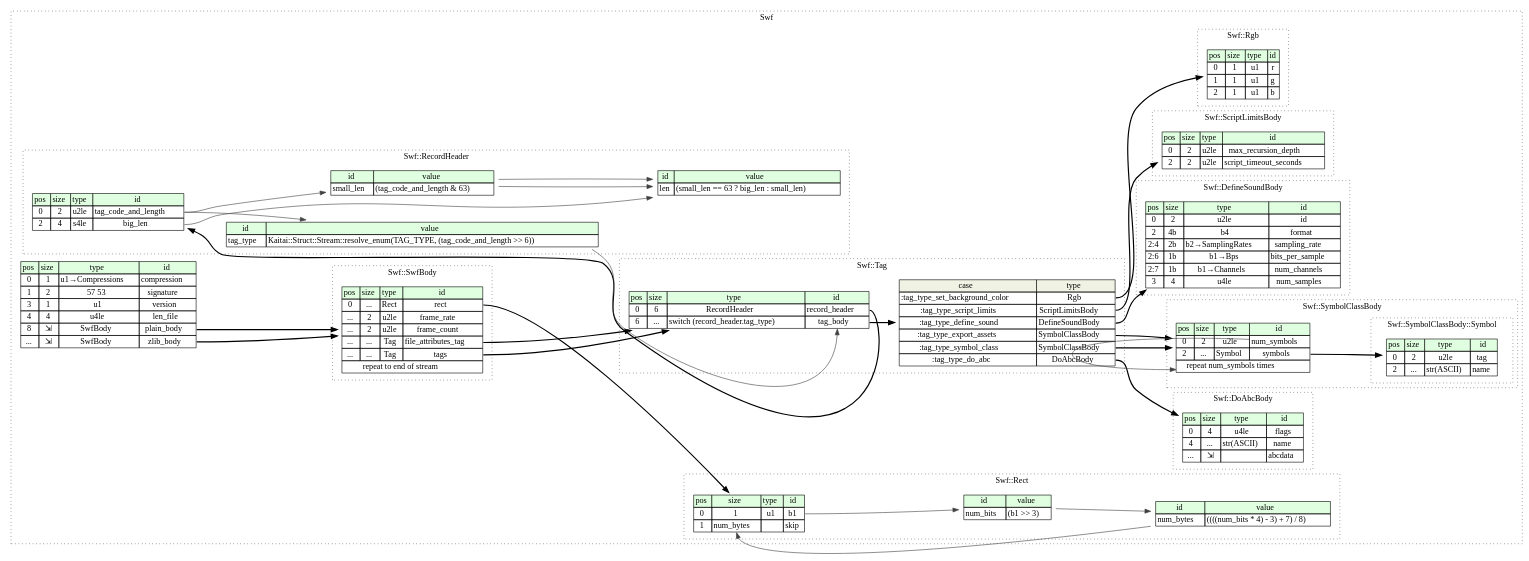
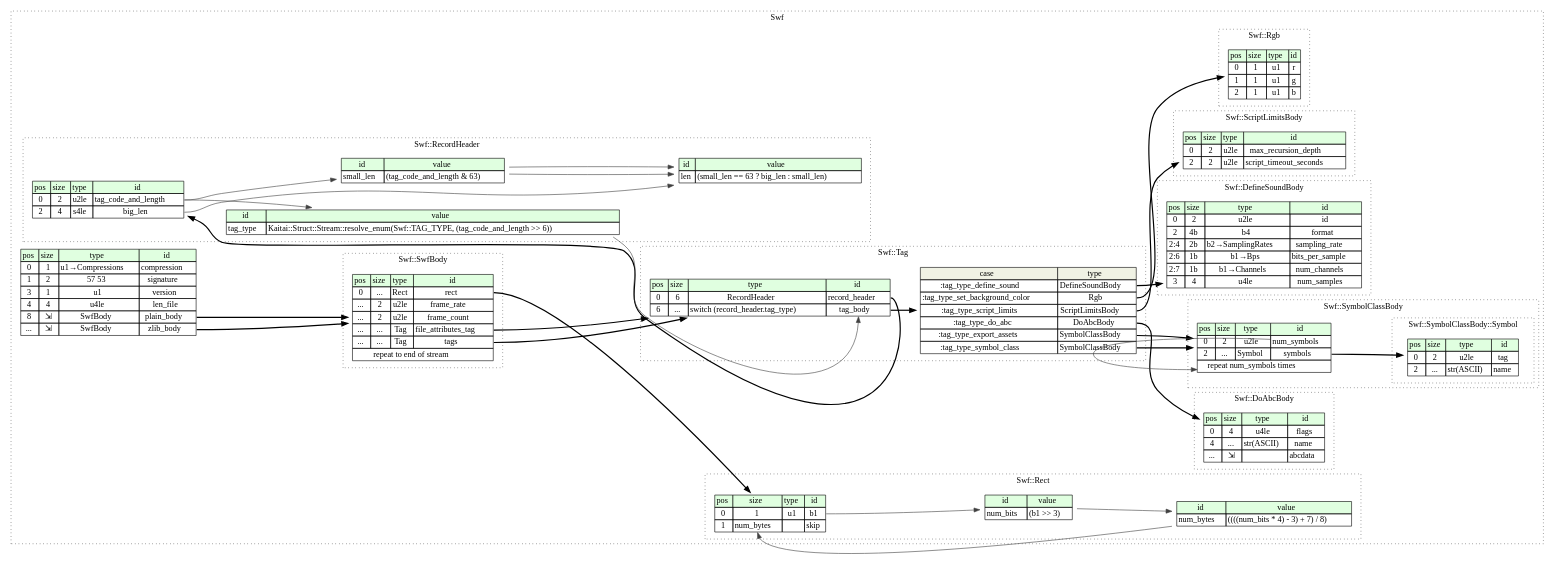
The diagram in swf/src/graphviz/swf.dot (kaitai-io/formats-kaitai-io.github.io), drawn with Graphviz before and after one commit. The commit also changed 2419 other files, not shown here.

```diff
--- a/swf/src/graphviz/swf.dot
+++ b/swf/src/graphviz/swf.dot
@@ -1,182 +1,182 @@
 digraph {
 	rankdir=LR;
 	node [shape=plaintext];
 	subgraph cluster__swf {
 		label="Swf";
 		graph[style=dotted];
 
 		swf__seq [label=<<TABLE BORDER="0" CELLBORDER="1" CELLSPACING="0">
 			<TR><TD BGCOLOR="#E0FFE0">pos</TD><TD BGCOLOR="#E0FFE0">size</TD><TD BGCOLOR="#E0FFE0">type</TD><TD BGCOLOR="#E0FFE0">id</TD></TR>
 			<TR><TD PORT="compression_pos">0</TD><TD PORT="compression_size">1</TD><TD>u1→Compressions</TD><TD PORT="compression_type">compression</TD></TR>
 			<TR><TD PORT="signature_pos">1</TD><TD PORT="signature_size">2</TD><TD>57 53</TD><TD PORT="signature_type">signature</TD></TR>
 			<TR><TD PORT="version_pos">3</TD><TD PORT="version_size">1</TD><TD>u1</TD><TD PORT="version_type">version</TD></TR>
 			<TR><TD PORT="len_file_pos">4</TD><TD PORT="len_file_size">4</TD><TD>u4le</TD><TD PORT="len_file_type">len_file</TD></TR>
 			<TR><TD PORT="plain_body_pos">8</TD><TD PORT="plain_body_size">⇲</TD><TD>SwfBody</TD><TD PORT="plain_body_type">plain_body</TD></TR>
 			<TR><TD PORT="zlib_body_pos">...</TD><TD PORT="zlib_body_size">⇲</TD><TD>SwfBody</TD><TD PORT="zlib_body_type">zlib_body</TD></TR>
 		</TABLE>>];
 		subgraph cluster__rgb {
 			label="Swf::Rgb";
 			graph[style=dotted];
 
 			rgb__seq [label=<<TABLE BORDER="0" CELLBORDER="1" CELLSPACING="0">
 				<TR><TD BGCOLOR="#E0FFE0">pos</TD><TD BGCOLOR="#E0FFE0">size</TD><TD BGCOLOR="#E0FFE0">type</TD><TD BGCOLOR="#E0FFE0">id</TD></TR>
 				<TR><TD PORT="r_pos">0</TD><TD PORT="r_size">1</TD><TD>u1</TD><TD PORT="r_type">r</TD></TR>
 				<TR><TD PORT="g_pos">1</TD><TD PORT="g_size">1</TD><TD>u1</TD><TD PORT="g_type">g</TD></TR>
 				<TR><TD PORT="b_pos">2</TD><TD PORT="b_size">1</TD><TD>u1</TD><TD PORT="b_type">b</TD></TR>
 			</TABLE>>];
 		}
 		subgraph cluster__do_abc_body {
 			label="Swf::DoAbcBody";
 			graph[style=dotted];
 
 			do_abc_body__seq [label=<<TABLE BORDER="0" CELLBORDER="1" CELLSPACING="0">
 				<TR><TD BGCOLOR="#E0FFE0">pos</TD><TD BGCOLOR="#E0FFE0">size</TD><TD BGCOLOR="#E0FFE0">type</TD><TD BGCOLOR="#E0FFE0">id</TD></TR>
 				<TR><TD PORT="flags_pos">0</TD><TD PORT="flags_size">4</TD><TD>u4le</TD><TD PORT="flags_type">flags</TD></TR>
 				<TR><TD PORT="name_pos">4</TD><TD PORT="name_size">...</TD><TD>str(ASCII)</TD><TD PORT="name_type">name</TD></TR>
 				<TR><TD PORT="abcdata_pos">...</TD><TD PORT="abcdata_size">⇲</TD><TD></TD><TD PORT="abcdata_type">abcdata</TD></TR>
 			</TABLE>>];
 		}
 		subgraph cluster__swf_body {
 			label="Swf::SwfBody";
 			graph[style=dotted];
 
 			swf_body__seq [label=<<TABLE BORDER="0" CELLBORDER="1" CELLSPACING="0">
 				<TR><TD BGCOLOR="#E0FFE0">pos</TD><TD BGCOLOR="#E0FFE0">size</TD><TD BGCOLOR="#E0FFE0">type</TD><TD BGCOLOR="#E0FFE0">id</TD></TR>
 				<TR><TD PORT="rect_pos">0</TD><TD PORT="rect_size">...</TD><TD>Rect</TD><TD PORT="rect_type">rect</TD></TR>
 				<TR><TD PORT="frame_rate_pos">...</TD><TD PORT="frame_rate_size">2</TD><TD>u2le</TD><TD PORT="frame_rate_type">frame_rate</TD></TR>
 				<TR><TD PORT="frame_count_pos">...</TD><TD PORT="frame_count_size">2</TD><TD>u2le</TD><TD PORT="frame_count_type">frame_count</TD></TR>
 				<TR><TD PORT="file_attributes_tag_pos">...</TD><TD PORT="file_attributes_tag_size">...</TD><TD>Tag</TD><TD PORT="file_attributes_tag_type">file_attributes_tag</TD></TR>
 				<TR><TD PORT="tags_pos">...</TD><TD PORT="tags_size">...</TD><TD>Tag</TD><TD PORT="tags_type">tags</TD></TR>
 				<TR><TD COLSPAN="4" PORT="tags__repeat">repeat to end of stream</TD></TR>
 			</TABLE>>];
 		}
 		subgraph cluster__rect {
 			label="Swf::Rect";
 			graph[style=dotted];
 
 			rect__seq [label=<<TABLE BORDER="0" CELLBORDER="1" CELLSPACING="0">
 				<TR><TD BGCOLOR="#E0FFE0">pos</TD><TD BGCOLOR="#E0FFE0">size</TD><TD BGCOLOR="#E0FFE0">type</TD><TD BGCOLOR="#E0FFE0">id</TD></TR>
 				<TR><TD PORT="b1_pos">0</TD><TD PORT="b1_size">1</TD><TD>u1</TD><TD PORT="b1_type">b1</TD></TR>
 				<TR><TD PORT="skip_pos">1</TD><TD PORT="skip_size">num_bytes</TD><TD></TD><TD PORT="skip_type">skip</TD></TR>
 			</TABLE>>];
 			rect__inst__num_bits [label=<<TABLE BORDER="0" CELLBORDER="1" CELLSPACING="0">
 				<TR><TD BGCOLOR="#E0FFE0">id</TD><TD BGCOLOR="#E0FFE0">value</TD></TR>
 				<TR><TD>num_bits</TD><TD>(b1 &gt;&gt; 3)</TD></TR>
 			</TABLE>>];
 			rect__inst__num_bytes [label=<<TABLE BORDER="0" CELLBORDER="1" CELLSPACING="0">
 				<TR><TD BGCOLOR="#E0FFE0">id</TD><TD BGCOLOR="#E0FFE0">value</TD></TR>
 				<TR><TD>num_bytes</TD><TD>((((num_bits * 4) - 3) + 7) / 8)</TD></TR>
 			</TABLE>>];
 		}
 		subgraph cluster__tag {
 			label="Swf::Tag";
 			graph[style=dotted];
 
 			tag__seq [label=<<TABLE BORDER="0" CELLBORDER="1" CELLSPACING="0">
 				<TR><TD BGCOLOR="#E0FFE0">pos</TD><TD BGCOLOR="#E0FFE0">size</TD><TD BGCOLOR="#E0FFE0">type</TD><TD BGCOLOR="#E0FFE0">id</TD></TR>
 				<TR><TD PORT="record_header_pos">0</TD><TD PORT="record_header_size">6</TD><TD>RecordHeader</TD><TD PORT="record_header_type">record_header</TD></TR>
 				<TR><TD PORT="tag_body_pos">6</TD><TD PORT="tag_body_size">...</TD><TD>switch (record_header.tag_type)</TD><TD PORT="tag_body_type">tag_body</TD></TR>
 			</TABLE>>];
 tag__seq_tag_body_switch [label=<<TABLE BORDER="0" CELLBORDER="1" CELLSPACING="0">
 	<TR><TD BGCOLOR="#F0F2E4">case</TD><TD BGCOLOR="#F0F2E4">type</TD></TR>
-	<TR><TD>:tag_type_set_background_color</TD><TD PORT="case0">Rgb</TD></TR>
-	<TR><TD>:tag_type_script_limits</TD><TD PORT="case1">ScriptLimitsBody</TD></TR>
-	<TR><TD>:tag_type_define_sound</TD><TD PORT="case2">DefineSoundBody</TD></TR>
-	<TR><TD>:tag_type_export_assets</TD><TD PORT="case3">SymbolClassBody</TD></TR>
-	<TR><TD>:tag_type_symbol_class</TD><TD PORT="case4">SymbolClassBody</TD></TR>
-	<TR><TD>:tag_type_do_abc</TD><TD PORT="case5">DoAbcBody</TD></TR>
+	<TR><TD>:tag_type_define_sound</TD><TD PORT="case0">DefineSoundBody</TD></TR>
+	<TR><TD>:tag_type_set_background_color</TD><TD PORT="case1">Rgb</TD></TR>
+	<TR><TD>:tag_type_script_limits</TD><TD PORT="case2">ScriptLimitsBody</TD></TR>
+	<TR><TD>:tag_type_do_abc</TD><TD PORT="case3">DoAbcBody</TD></TR>
+	<TR><TD>:tag_type_export_assets</TD><TD PORT="case4">SymbolClassBody</TD></TR>
+	<TR><TD>:tag_type_symbol_class</TD><TD PORT="case5">SymbolClassBody</TD></TR>
 </TABLE>>];
 		}
 		subgraph cluster__symbol_class_body {
 			label="Swf::SymbolClassBody";
 			graph[style=dotted];
 
 			symbol_class_body__seq [label=<<TABLE BORDER="0" CELLBORDER="1" CELLSPACING="0">
 				<TR><TD BGCOLOR="#E0FFE0">pos</TD><TD BGCOLOR="#E0FFE0">size</TD><TD BGCOLOR="#E0FFE0">type</TD><TD BGCOLOR="#E0FFE0">id</TD></TR>
 				<TR><TD PORT="num_symbols_pos">0</TD><TD PORT="num_symbols_size">2</TD><TD>u2le</TD><TD PORT="num_symbols_type">num_symbols</TD></TR>
 				<TR><TD PORT="symbols_pos">2</TD><TD PORT="symbols_size">...</TD><TD>Symbol</TD><TD PORT="symbols_type">symbols</TD></TR>
 				<TR><TD COLSPAN="4" PORT="symbols__repeat">repeat num_symbols times</TD></TR>
 			</TABLE>>];
 			subgraph cluster__symbol {
 				label="Swf::SymbolClassBody::Symbol";
 				graph[style=dotted];
 
 				symbol__seq [label=<<TABLE BORDER="0" CELLBORDER="1" CELLSPACING="0">
 					<TR><TD BGCOLOR="#E0FFE0">pos</TD><TD BGCOLOR="#E0FFE0">size</TD><TD BGCOLOR="#E0FFE0">type</TD><TD BGCOLOR="#E0FFE0">id</TD></TR>
 					<TR><TD PORT="tag_pos">0</TD><TD PORT="tag_size">2</TD><TD>u2le</TD><TD PORT="tag_type">tag</TD></TR>
 					<TR><TD PORT="name_pos">2</TD><TD PORT="name_size">...</TD><TD>str(ASCII)</TD><TD PORT="name_type">name</TD></TR>
 				</TABLE>>];
 			}
 		}
 		subgraph cluster__define_sound_body {
 			label="Swf::DefineSoundBody";
 			graph[style=dotted];
 
 			define_sound_body__seq [label=<<TABLE BORDER="0" CELLBORDER="1" CELLSPACING="0">
 				<TR><TD BGCOLOR="#E0FFE0">pos</TD><TD BGCOLOR="#E0FFE0">size</TD><TD BGCOLOR="#E0FFE0">type</TD><TD BGCOLOR="#E0FFE0">id</TD></TR>
 				<TR><TD PORT="id_pos">0</TD><TD PORT="id_size">2</TD><TD>u2le</TD><TD PORT="id_type">id</TD></TR>
 				<TR><TD PORT="format_pos">2</TD><TD PORT="format_size">4b</TD><TD>b4</TD><TD PORT="format_type">format</TD></TR>
 				<TR><TD PORT="sampling_rate_pos">2:4</TD><TD PORT="sampling_rate_size">2b</TD><TD>b2→SamplingRates</TD><TD PORT="sampling_rate_type">sampling_rate</TD></TR>
 				<TR><TD PORT="bits_per_sample_pos">2:6</TD><TD PORT="bits_per_sample_size">1b</TD><TD>b1→Bps</TD><TD PORT="bits_per_sample_type">bits_per_sample</TD></TR>
 				<TR><TD PORT="num_channels_pos">2:7</TD><TD PORT="num_channels_size">1b</TD><TD>b1→Channels</TD><TD PORT="num_channels_type">num_channels</TD></TR>
 				<TR><TD PORT="num_samples_pos">3</TD><TD PORT="num_samples_size">4</TD><TD>u4le</TD><TD PORT="num_samples_type">num_samples</TD></TR>
 			</TABLE>>];
 		}
 		subgraph cluster__record_header {
 			label="Swf::RecordHeader";
 			graph[style=dotted];
 
 			record_header__seq [label=<<TABLE BORDER="0" CELLBORDER="1" CELLSPACING="0">
 				<TR><TD BGCOLOR="#E0FFE0">pos</TD><TD BGCOLOR="#E0FFE0">size</TD><TD BGCOLOR="#E0FFE0">type</TD><TD BGCOLOR="#E0FFE0">id</TD></TR>
 				<TR><TD PORT="tag_code_and_length_pos">0</TD><TD PORT="tag_code_and_length_size">2</TD><TD>u2le</TD><TD PORT="tag_code_and_length_type">tag_code_and_length</TD></TR>
 				<TR><TD PORT="big_len_pos">2</TD><TD PORT="big_len_size">4</TD><TD>s4le</TD><TD PORT="big_len_type">big_len</TD></TR>
 			</TABLE>>];
 			record_header__inst__tag_type [label=<<TABLE BORDER="0" CELLBORDER="1" CELLSPACING="0">
 				<TR><TD BGCOLOR="#E0FFE0">id</TD><TD BGCOLOR="#E0FFE0">value</TD></TR>
-				<TR><TD>tag_type</TD><TD>Kaitai::Struct::Stream::resolve_enum(TAG_TYPE, (tag_code_and_length &gt;&gt; 6))</TD></TR>
+				<TR><TD>tag_type</TD><TD>Kaitai::Struct::Stream::resolve_enum(Swf::TAG_TYPE, (tag_code_and_length &gt;&gt; 6))</TD></TR>
 			</TABLE>>];
 			record_header__inst__small_len [label=<<TABLE BORDER="0" CELLBORDER="1" CELLSPACING="0">
 				<TR><TD BGCOLOR="#E0FFE0">id</TD><TD BGCOLOR="#E0FFE0">value</TD></TR>
 				<TR><TD>small_len</TD><TD>(tag_code_and_length &amp; 63)</TD></TR>
 			</TABLE>>];
 			record_header__inst__len [label=<<TABLE BORDER="0" CELLBORDER="1" CELLSPACING="0">
 				<TR><TD BGCOLOR="#E0FFE0">id</TD><TD BGCOLOR="#E0FFE0">value</TD></TR>
 				<TR><TD>len</TD><TD>(small_len == 63 ? big_len : small_len)</TD></TR>
 			</TABLE>>];
 		}
 		subgraph cluster__script_limits_body {
 			label="Swf::ScriptLimitsBody";
 			graph[style=dotted];
 
 			script_limits_body__seq [label=<<TABLE BORDER="0" CELLBORDER="1" CELLSPACING="0">
 				<TR><TD BGCOLOR="#E0FFE0">pos</TD><TD BGCOLOR="#E0FFE0">size</TD><TD BGCOLOR="#E0FFE0">type</TD><TD BGCOLOR="#E0FFE0">id</TD></TR>
 				<TR><TD PORT="max_recursion_depth_pos">0</TD><TD PORT="max_recursion_depth_size">2</TD><TD>u2le</TD><TD PORT="max_recursion_depth_type">max_recursion_depth</TD></TR>
 				<TR><TD PORT="script_timeout_seconds_pos">2</TD><TD PORT="script_timeout_seconds_size">2</TD><TD>u2le</TD><TD PORT="script_timeout_seconds_type">script_timeout_seconds</TD></TR>
 			</TABLE>>];
 		}
 	}
 	swf__seq:plain_body_type -> swf_body__seq [style=bold];
 	swf__seq:zlib_body_type -> swf_body__seq [style=bold];
 	swf_body__seq:rect_type -> rect__seq [style=bold];
 	swf_body__seq:file_attributes_tag_type -> tag__seq [style=bold];
 	swf_body__seq:tags_type -> tag__seq [style=bold];
 	rect__inst__num_bytes:num_bytes_type -> rect__seq:skip_size [color="#404040"];
 	rect__seq:b1_type -> rect__inst__num_bits [color="#404040"];
 	rect__inst__num_bits:num_bits_type -> rect__inst__num_bytes [color="#404040"];
 	tag__seq:record_header_type -> record_header__seq [style=bold];
 	tag__seq:tag_body_type -> tag__seq_tag_body_switch [style=bold];
-	tag__seq_tag_body_switch:case0 -> rgb__seq [style=bold];
-	tag__seq_tag_body_switch:case1 -> script_limits_body__seq [style=bold];
-	tag__seq_tag_body_switch:case2 -> define_sound_body__seq [style=bold];
-	tag__seq_tag_body_switch:case3 -> symbol_class_body__seq [style=bold];
+	tag__seq_tag_body_switch:case0 -> define_sound_body__seq [style=bold];
+	tag__seq_tag_body_switch:case1 -> rgb__seq [style=bold];
+	tag__seq_tag_body_switch:case2 -> script_limits_body__seq [style=bold];
+	tag__seq_tag_body_switch:case3 -> do_abc_body__seq [style=bold];
 	tag__seq_tag_body_switch:case4 -> symbol_class_body__seq [style=bold];
-	tag__seq_tag_body_switch:case5 -> do_abc_body__seq [style=bold];
+	tag__seq_tag_body_switch:case5 -> symbol_class_body__seq [style=bold];
 	record_header__inst__tag_type:tag_type_type -> tag__seq:tag_body_type [color="#404040"];
 	symbol_class_body__seq:symbols_type -> symbol__seq [style=bold];
 	symbol_class_body__seq:num_symbols_type -> symbol_class_body__seq:symbols__repeat [color="#404040"];
 	record_header__seq:tag_code_and_length_type -> record_header__inst__tag_type [color="#404040"];
 	record_header__seq:tag_code_and_length_type -> record_header__inst__small_len [color="#404040"];
 	record_header__inst__small_len:small_len_type -> record_header__inst__len [color="#404040"];
 	record_header__seq:big_len_type -> record_header__inst__len [color="#404040"];
 	record_header__inst__small_len:small_len_type -> record_header__inst__len [color="#404040"];
 }
```
